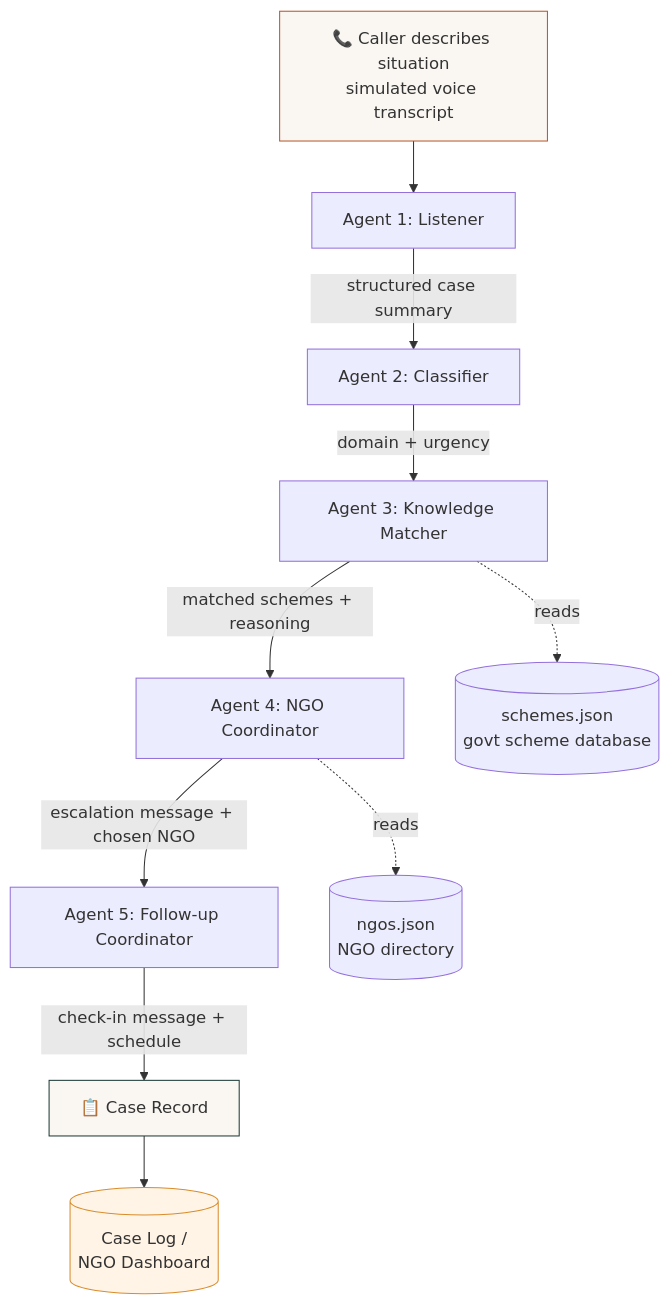
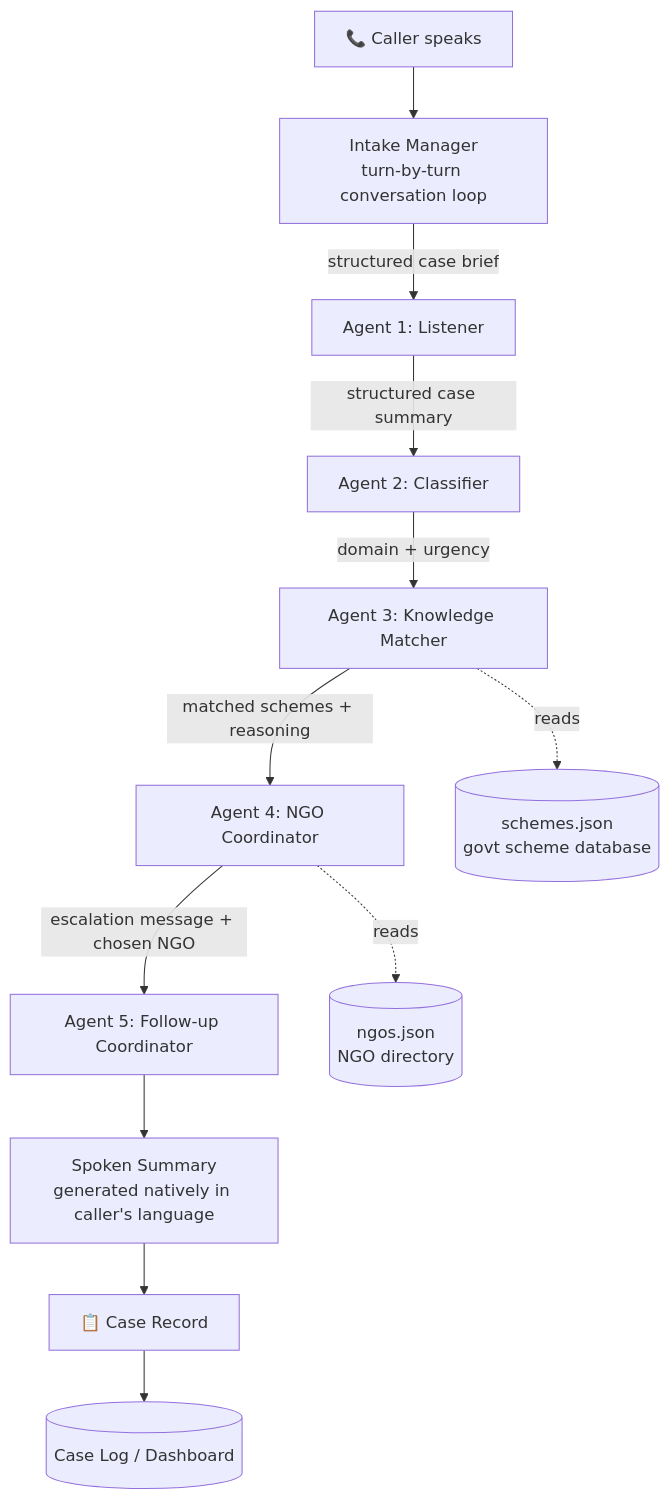
Before and after one commit to ishwaryaaaaaaaaa/sahayak: the diagram in sahayak_package/README.md, drawn with Mermaid. The commit also changed other lines of this file and 1 other file, not shown here.

````diff
--- a/sahayak_package/README.md
+++ b/sahayak_package/README.md
@@ -74,16 +91,14 @@
 ```mermaid
 flowchart TD
-    A[📞 Caller describes situation<br/>simulated voice transcript] --> B[Agent 1: Listener]
+    A[📞 Caller speaks] --> IM[Intake Manager<br/>turn-by-turn conversation loop]
+    IM --> |structured case brief| B[Agent 1: Listener]
     B --> |structured case summary| C[Agent 2: Classifier]
     C --> |domain + urgency| D[Agent 3: Knowledge Matcher]
     D --> |matched schemes + reasoning| E[Agent 4: NGO Coordinator]
     E --> |escalation message + chosen NGO| F[Agent 5: Follow-up Coordinator]
-    F --> |check-in message + schedule| G[📋 Case Record]
-    G --> H[(Case Log /<br/>NGO Dashboard)]
+    F --> SS[Spoken Summary<br/>generated natively in caller's language]
+    SS --> G[📋 Case Record]
+    G --> H[(Case Log / Dashboard)]
     D -.reads.-> SCH[(schemes.json<br/>govt scheme database)]
     E -.reads.-> NGO[(ngos.json<br/>NGO directory)]
-
-    style A fill:#FAF7F2,stroke:#B5582E
-    style G fill:#FAF7F2,stroke:#1E3A34
-    style H fill:#FFF4E5,stroke:#D98C2B
 ```
````
